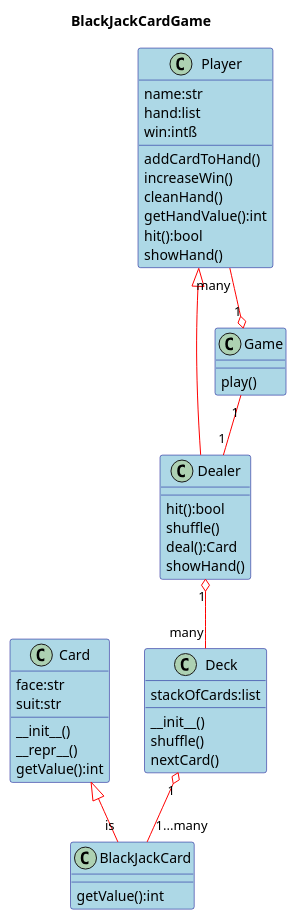
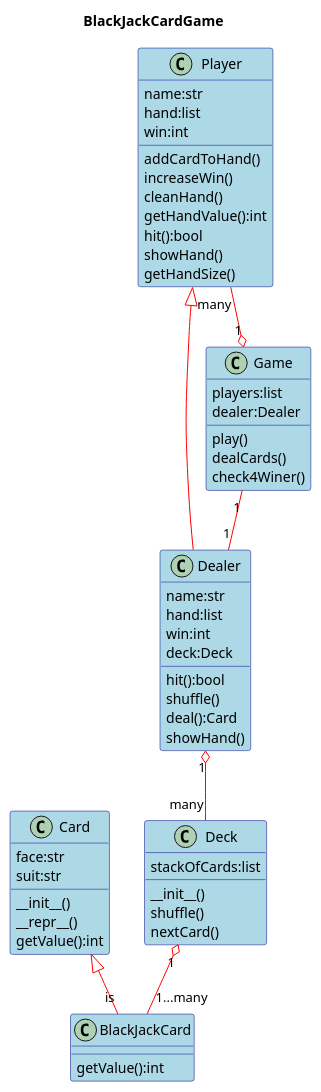
The diagram in doc/card.wsd (jwang1122/playground), drawn with PlantUML before and after one commit. The commit also changed 1 other file, not shown here.

```diff
--- a/doc/card.wsd
+++ b/doc/card.wsd
@@ -1,52 +1,61 @@
 @startuml 
 
 skinparam class {
     BackgroundColor LightBlue
     ArrowColor Red
     BorderColor DarkBlue
 }
 title BlackJackCardGame
 class Card
 class BlackJackCard
 Card <|-- "is" BlackJackCard
 
 Card : face:str
 Card : suit:str
 Card : __init__()
 Card : __repr__()
 Card : getValue():int
 
 BlackJackCard : getValue():int
 
 Deck "1" o-- "1...many" BlackJackCard
 Deck : stackOfCards:list
 Deck : __init__()
 Deck : shuffle()
 Deck : nextCard()
 
 class Player
 class Dealer
 Player <|-- Dealer
 
 Player "many" --o "1" Game
 Player : addCardToHand()
 Player : increaseWin()
 Player : cleanHand()
 Player : getHandValue():int
 Player : hit():bool
 Player : showHand()
+Player : getHandSize()
 Player : name:str
 Player : hand:list
-Player : win:intß
+Player : win:int
 
 Dealer : hit():bool
 Dealer : shuffle()
 Dealer : deal():Card
 Dealer : showHand()
+Dealer : name:str
+Dealer : hand:list
+Dealer : win:int
+Dealer : deck:Deck
 
 Dealer "1" o-- "many" Deck
 
 Game "1" -- "1" Dealer
 Game : play()
+Game : dealCards()
+Game : check4Winer()
+Game : players:list
+Game : dealer:Dealer
 
 @enduml
```
